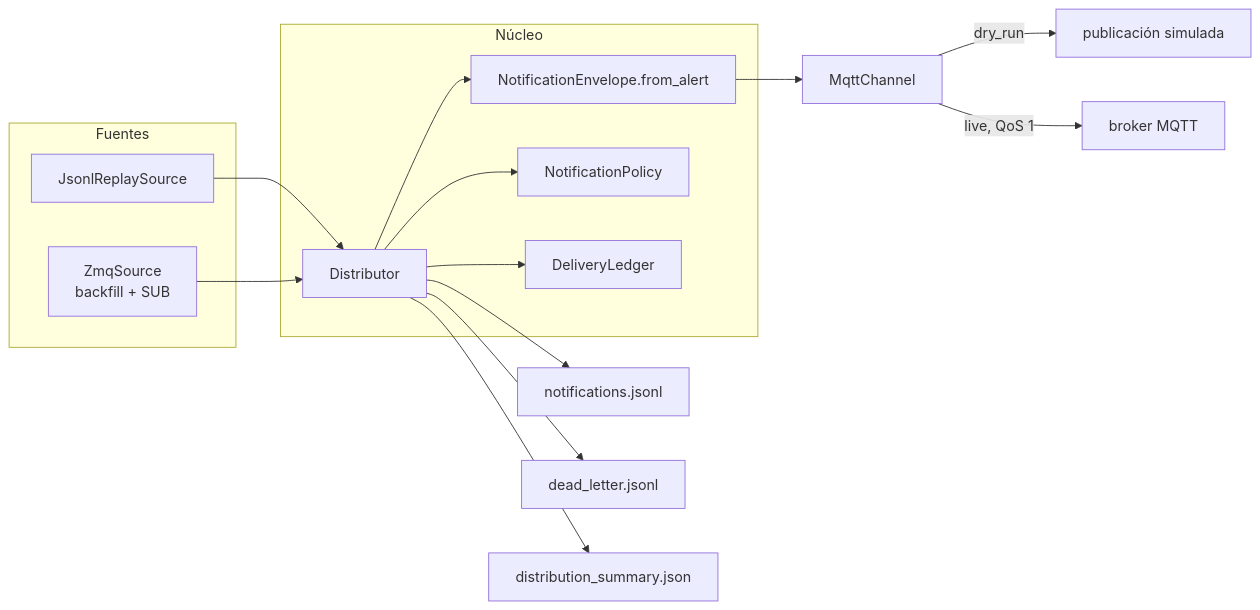
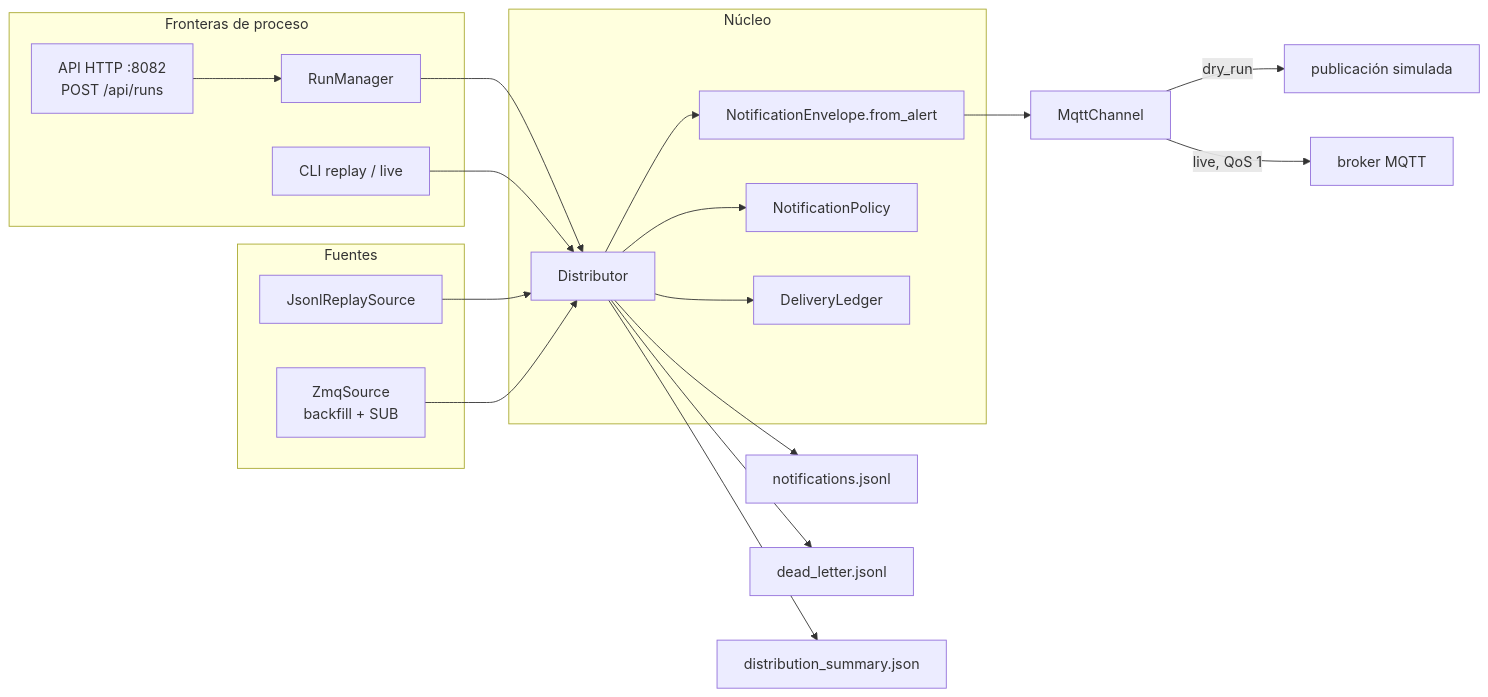
Before and after one commit to simonll4/e-ovrt_alert-distribution: the diagram in docs/02-arquitectura.md, drawn with Mermaid. The commit also changed other lines of this file and 11 other files, not shown here.

````diff
--- a/docs/02-arquitectura.md
+++ b/docs/02-arquitectura.md
@@ -22,27 +23,35 @@
 ```mermaid
 flowchart LR
+    subgraph Entradas[Fronteras de proceso]
+        HTTP[API HTTP :8082<br/>POST /api/runs] --> RunManager[RunManager]
+        CLI[CLI replay / live]
+    end
+
+    RunManager --> Distributor
+    CLI --> Distributor
+
     subgraph Sources[Fuentes]
         JSONL[JsonlReplaySource]
         ZMQ[ZmqSource<br/>backfill + SUB]
     end
 
     JSONL --> Distributor
     ZMQ --> Distributor
 
     subgraph Core[Núcleo]
         Distributor[Distributor]
         Adapter[NotificationEnvelope.from_alert]
         Policy[NotificationPolicy]
         Ledger[DeliveryLedger]
         Distributor --> Adapter
         Distributor --> Ledger
         Distributor --> Policy
     end
 
     Adapter --> Channel[MqttChannel]
     Channel -->|dry_run| Memory[publicación simulada]
     Channel -->|live, QoS 1| Broker[broker MQTT]
     Distributor --> Records[notifications.jsonl]
     Distributor --> Dead[dead_letter.jsonl]
     Distributor --> Summary[distribution_summary.json]
 ```
````
